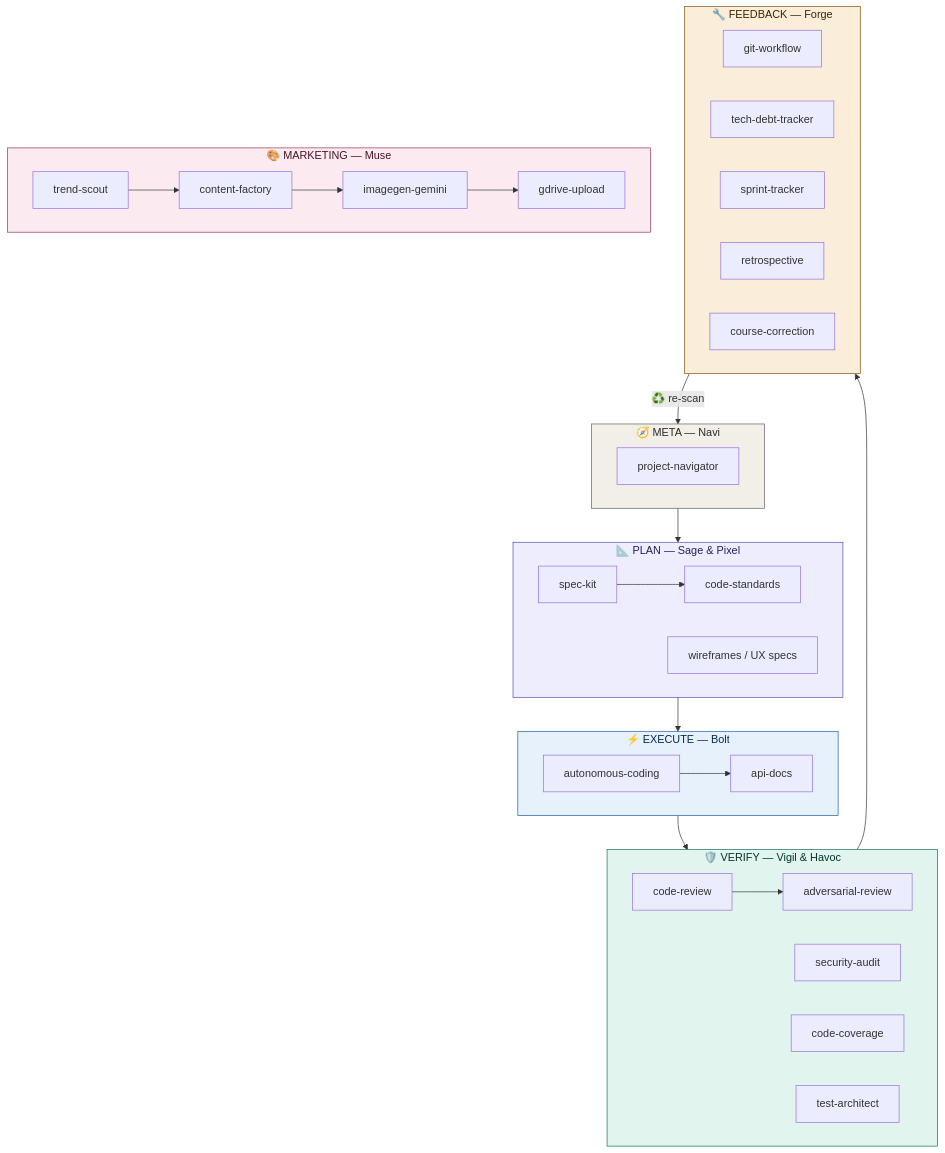
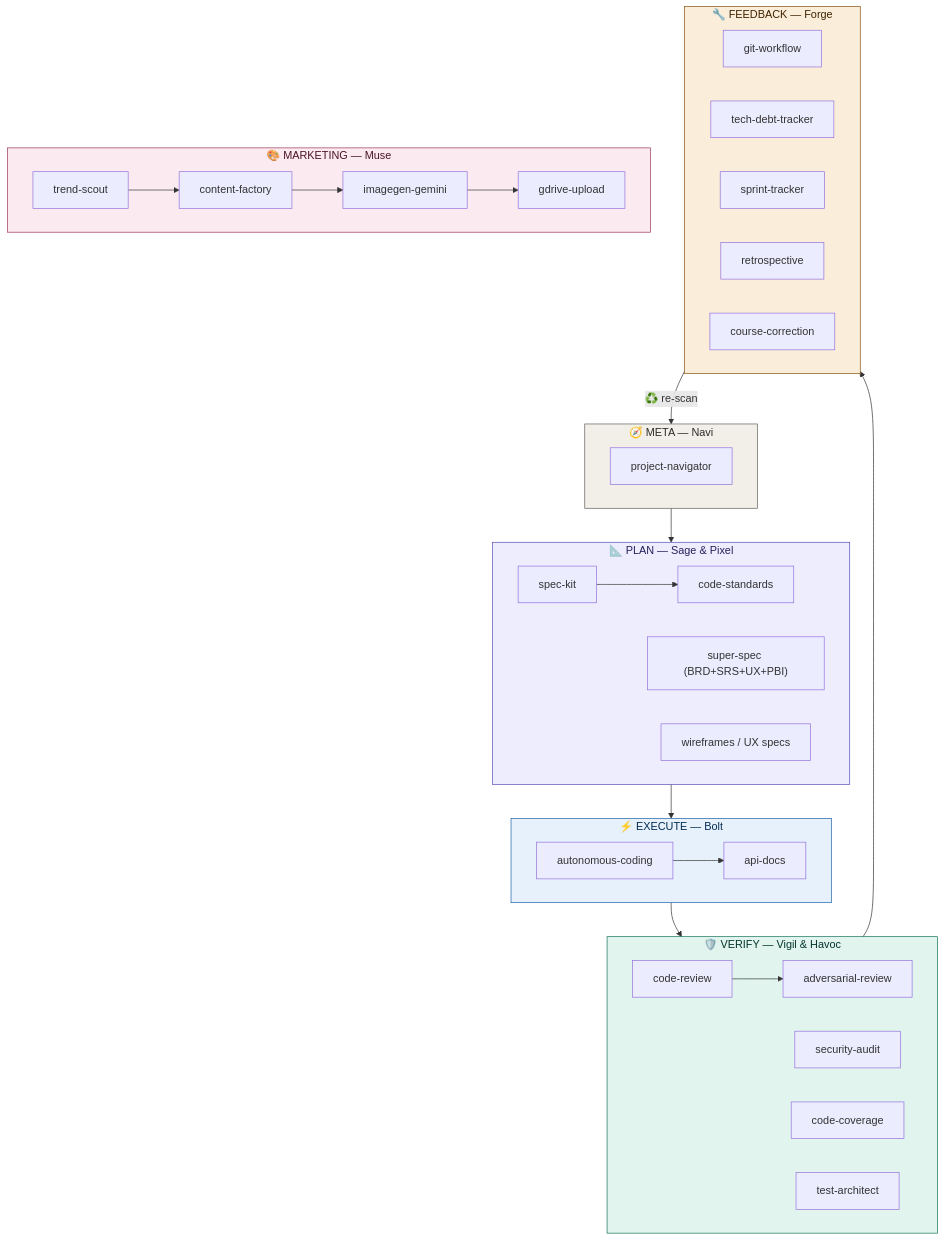
One commit to mr-phariyawit/AEGIS changed the second of 15 diagrams in README.md. Above: the diagram before and after it, drawn with Mermaid. The commit also changed other lines of this file and 3 other files, not shown here.

First line of the commit message:
feat: add super-spec — Sage's power skill (BRD+SRS+UX+PBI engine)

````diff
--- a/README.md
+++ b/README.md
@@ -32,46 +32,47 @@
 ```mermaid
 graph TB
     subgraph META["🧭 META — Navi"]
         NAV["project-navigator"]
     end
 
     subgraph PLAN["📐 PLAN — Sage & Pixel"]
         SK["spec-kit"] --> CS["code-standards"]
+        SS["super-spec (BRD+SRS+UX+PBI)"]
         PX["wireframes / UX specs"]
     end
 
     subgraph EXECUTE["⚡ EXECUTE — Bolt"]
         AC["autonomous-coding"] --> AD["api-docs"]
     end
 
     subgraph VERIFY["🛡️ VERIFY — Vigil & Havoc"]
         CR["code-review"] --> AR["adversarial-review"]
         SA["security-audit"]
         CC["code-coverage"]
         TA["test-architect"]
     end
 
     subgraph FEEDBACK["🔧 FEEDBACK — Forge"]
         GW["git-workflow"]
         TD["tech-debt-tracker"]
         ST["sprint-tracker"]
         RT["retrospective"]
         CO["course-correction"]
     end
 
     subgraph MARKETING["🎨 MARKETING — Muse"]
         TS["trend-scout"] --> CF["content-factory"]
         CF --> IG["imagegen-gemini"]
         IG --> GD["gdrive-upload"]
     end
 
     META --> PLAN --> EXECUTE --> VERIFY --> FEEDBACK
     FEEDBACK -->|"♻️ re-scan"| META
 
     style META fill:#F1EFE8,stroke:#5F5E5A,color:#2C2C2A
     style PLAN fill:#EEEDFE,stroke:#534AB7,color:#26215C
     style EXECUTE fill:#E6F1FB,stroke:#185FA5,color:#042C53
     style VERIFY fill:#E1F5EE,stroke:#0F6E56,color:#04342C
     style FEEDBACK fill:#FAEEDA,stroke:#854F0B,color:#412402
     style MARKETING fill:#FBEAF0,stroke:#993556,color:#4B1528
 ```
````
